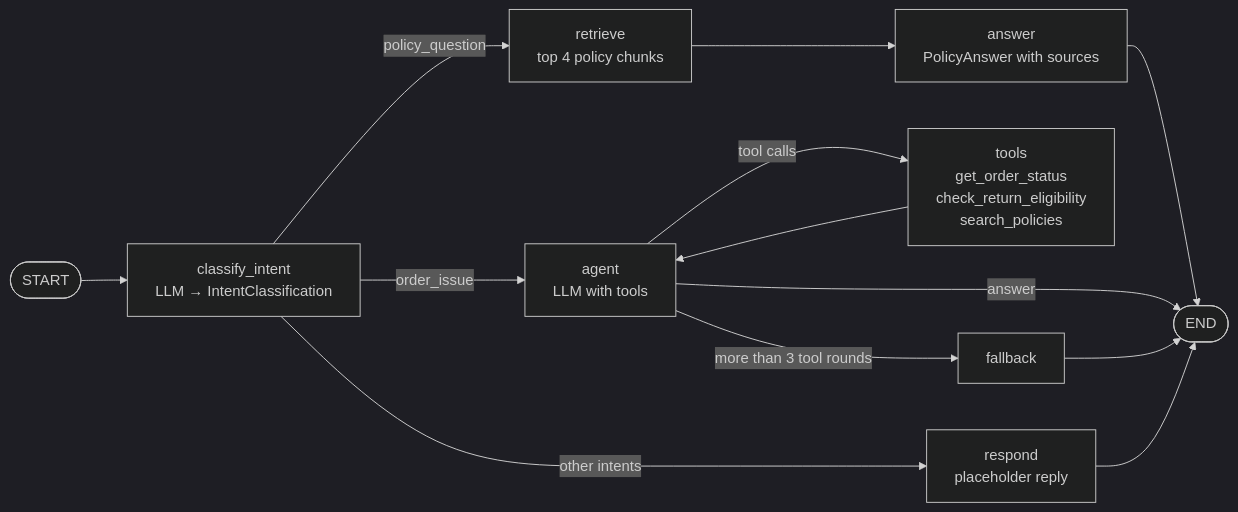
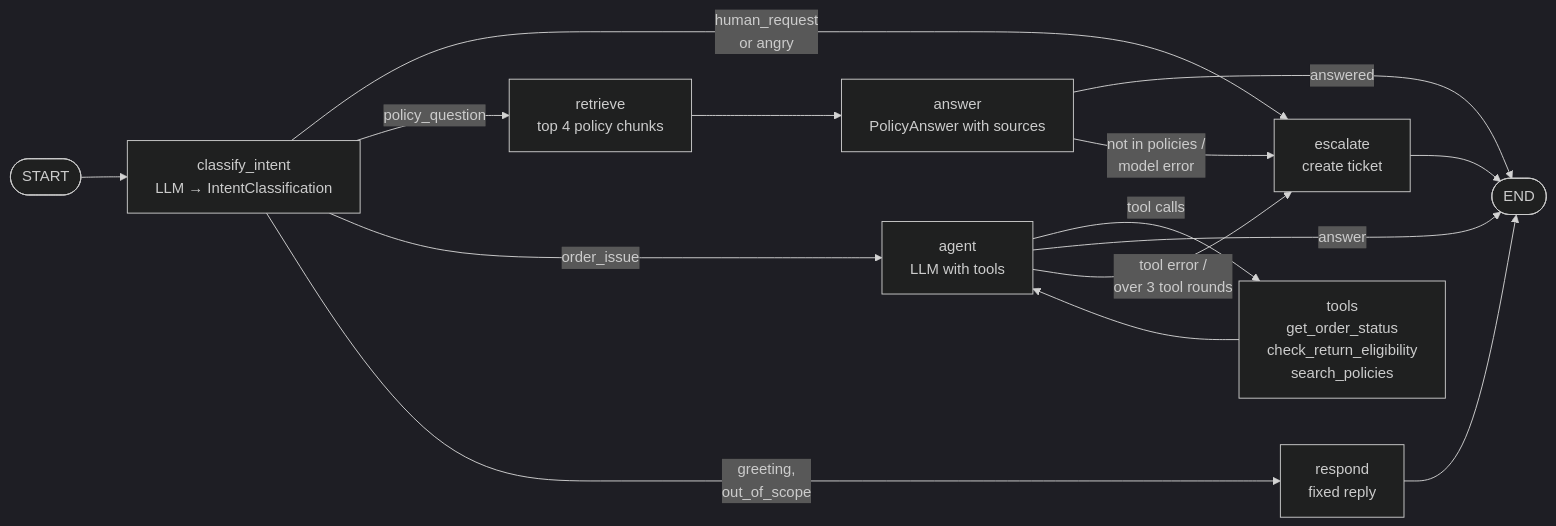
The second of 3 diagrams in README.md (hmadhe/agentic-customer-support), drawn with Mermaid (dark theme) before and after one commit. The commit also changed other lines of this file and 15 other files, not shown here.

````diff
--- a/README.md
+++ b/README.md
@@ -107,15 +107,17 @@
 ```mermaid
 flowchart LR
     START([START]) --> C[classify_intent<br/>LLM → IntentClassification]
+    C -->|human_request<br/>or angry| E[escalate<br/>create ticket]
     C -->|policy_question| R[retrieve<br/>top 4 policy chunks]
     R --> A[answer<br/>PolicyAnswer with sources]
-    A --> END([END])
+    A -->|answered| END([END])
+    A -->|not in policies /<br/>model error| E
     C -->|order_issue| G[agent<br/>LLM with tools]
     G -->|tool calls| T[tools<br/>get_order_status<br/>check_return_eligibility<br/>search_policies]
     T --> G
     G -->|answer| END
-    G -->|more than 3 tool rounds| F[fallback]
-    F --> END
-    C -->|other intents| P[respond<br/>placeholder reply]
+    G -->|tool error /<br/>over 3 tool rounds| E
+    C -->|greeting,<br/>out_of_scope| P[respond<br/>fixed reply]
     P --> END
+    E --> END
 ```
````
